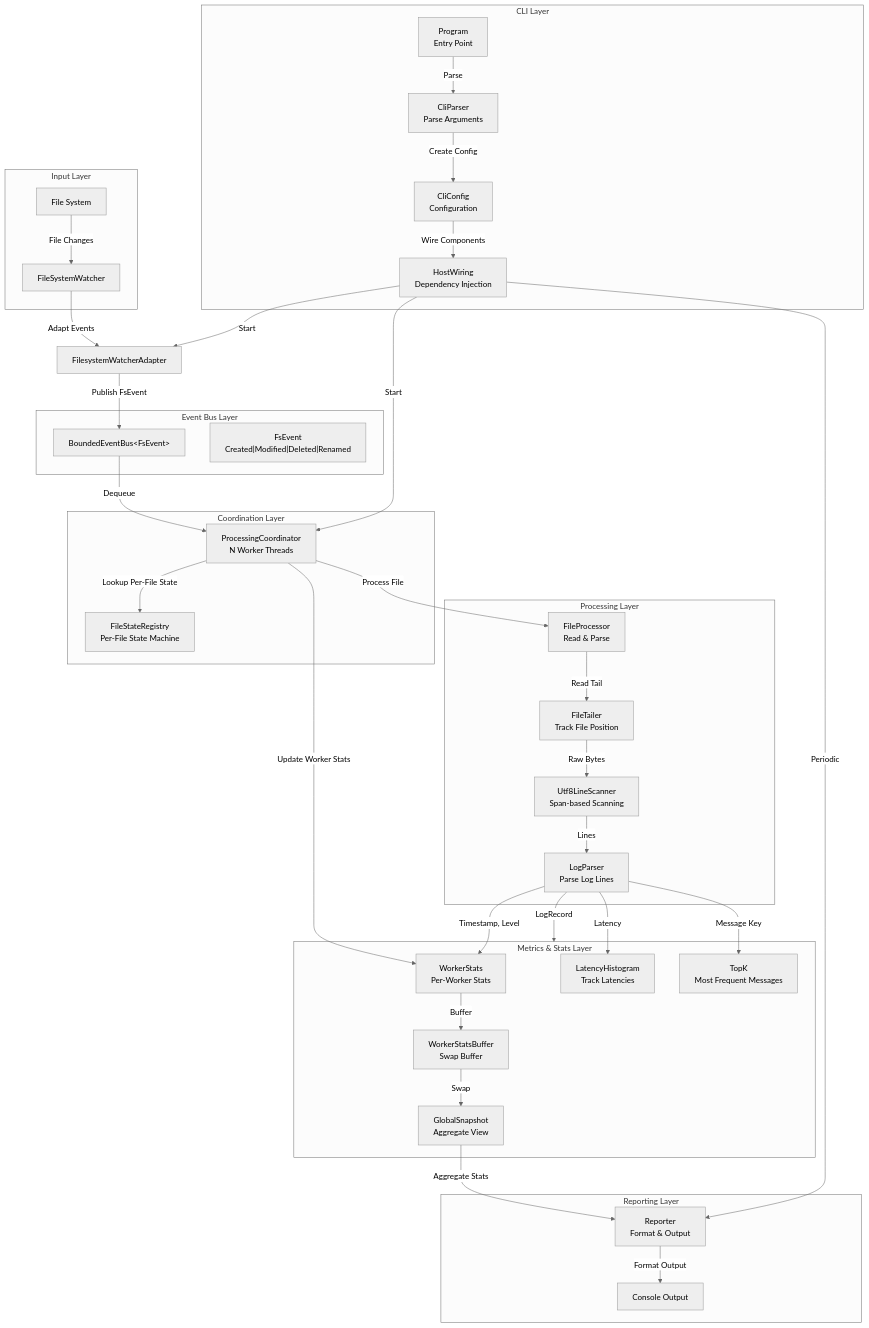
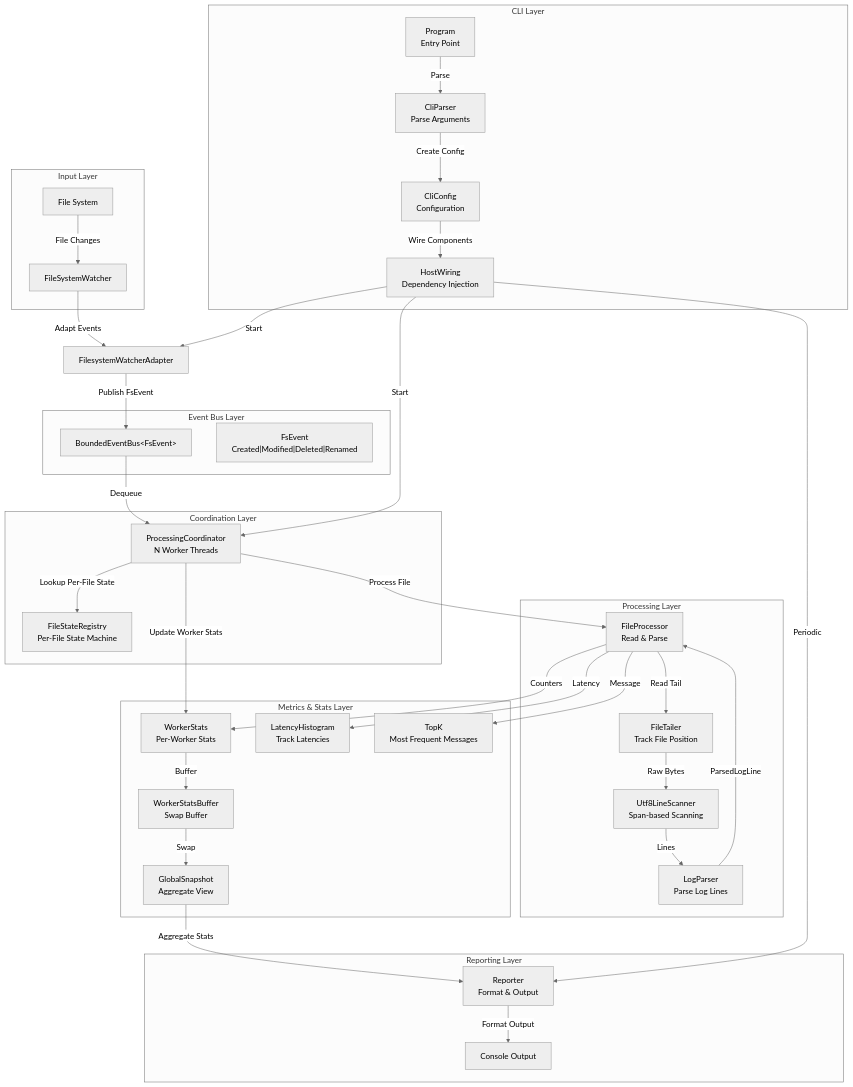
The first of 8 diagrams in docs/system_diagram.md (jvspeed74/LogWatcher), drawn with Mermaid (neutral theme) before and after one commit. The commit also changed other lines of this file, not shown here.

First line of the commit message:
Fix pre-existing inaccuracies in system_diagram.md

````diff
--- a/docs/system_diagram.md
+++ b/docs/system_diagram.md
@@ -5,83 +5,83 @@
 ```mermaid
 graph TB
     subgraph Input["Input Layer"]
         FS["File System"]
         FSW["FileSystemWatcher"]
     end
 
     subgraph EventBus["Event Bus Layer"]
         BEB["BoundedEventBus&lt;FsEvent&gt;"]
         EV["FsEvent<br/>Created|Modified|Deleted|Renamed"]
     end
 
     subgraph Coordination["Coordination Layer"]
         PC["ProcessingCoordinator<br/>N Worker Threads"]
         FSR["FileStateRegistry<br/>Per-File State Machine"]
     end
 
     subgraph Processing["Processing Layer"]
         FP["FileProcessor<br/>Read & Parse"]
         FT["FileTailer<br/>Track File Position"]
         LP["LogParser<br/>Parse Log Lines"]
         USS["Utf8LineScanner<br/>Span-based Scanning"]
     end
 
     subgraph Metrics["Metrics & Stats Layer"]
         WS["WorkerStats<br/>Per-Worker Stats"]
         WSB["WorkerStatsBuffer<br/>Swap Buffer"]
         LH["LatencyHistogram<br/>Track Latencies"]
         TK["TopK<br/>Most Frequent Messages"]
         GS["GlobalSnapshot<br/>Aggregate View"]
     end
 
     subgraph Reporting["Reporting Layer"]
         REP["Reporter<br/>Format & Output"]
         STDOUT["Console Output"]
     end
 
     subgraph CLI["CLI Layer"]
         PROG["Program<br/>Entry Point"]
         CLIP["CliParser<br/>Parse Arguments"]
         CLIC["CliConfig<br/>Configuration"]
         HW["HostWiring<br/>Dependency Injection"]
     end
 
     %% Input connections
     FS -->|File Changes| FSW
     FSW -->|Adapt Events| FSA["FilesystemWatcherAdapter"]
     FSA -->|Publish FsEvent| BEB
 
     %% Event Bus
     BEB -->|Dequeue| PC
 
     %% Coordination & Registry
     PC -->|Lookup Per-File State| FSR
     PC -->|Process File| FP
     PC -->|Update Worker Stats| WS
 
     %% Processing Pipeline
     FP -->|Read Tail| FT
     FT -->|Raw Bytes| USS
     USS -->|Lines| LP
-    LP -->|LogRecord| Metrics
+    LP -->|ParsedLogLine| FP
 
-    %% Metrics Collection
-    LP -->|Timestamp, Level| WS
-    LP -->|Message Key| TK
-    LP -->|Latency| LH
+    %% Metrics Collection (via FileProcessor translation)
+    FP -->|Counters| WS
+    FP -->|Message| TK
+    FP -->|Latency| LH
     WS -->|Buffer| WSB
     WSB -->|Swap| GS
 
     %% Reporting
     GS -->|Aggregate Stats| REP
     REP -->|Format Output| STDOUT
 
     %% CLI Wiring
     PROG -->|Parse| CLIP
     CLIP -->|Create Config| CLIC
     CLIC -->|Wire Components| HW
     HW -->|Start| PC
     HW -->|Start| FSA
     HW -->|Periodic| REP
 
 ```
````
